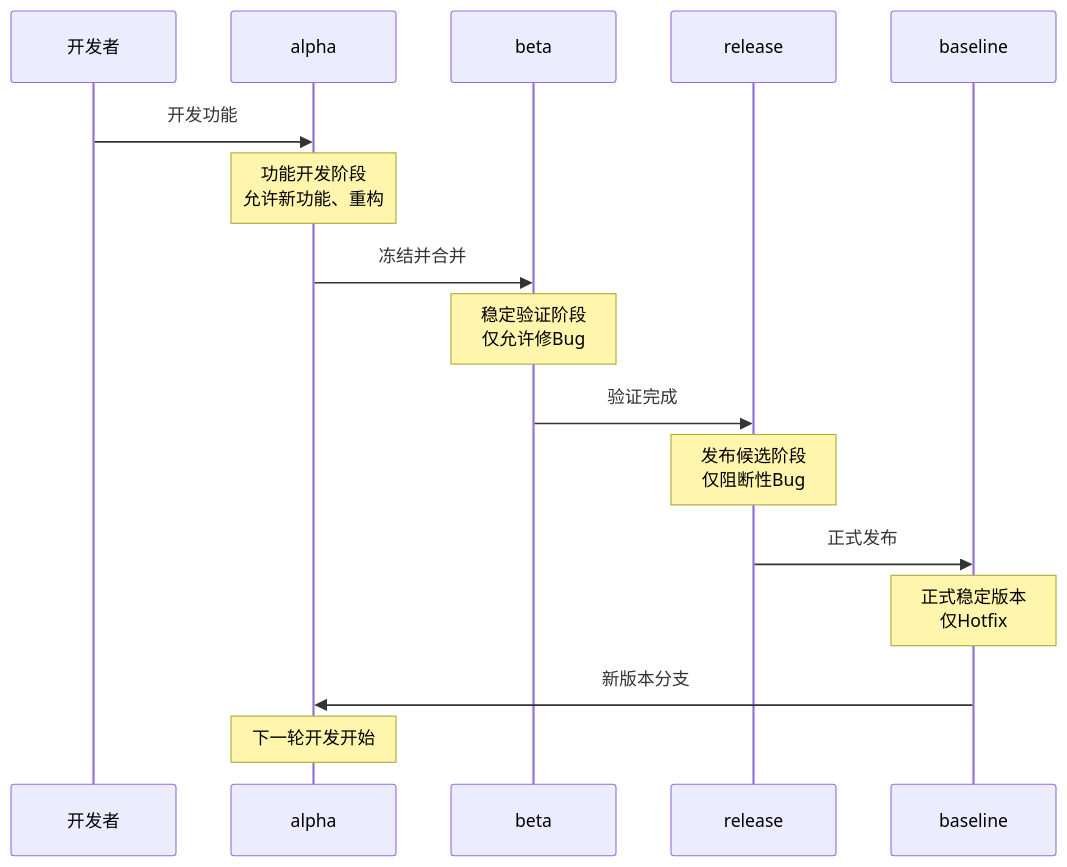
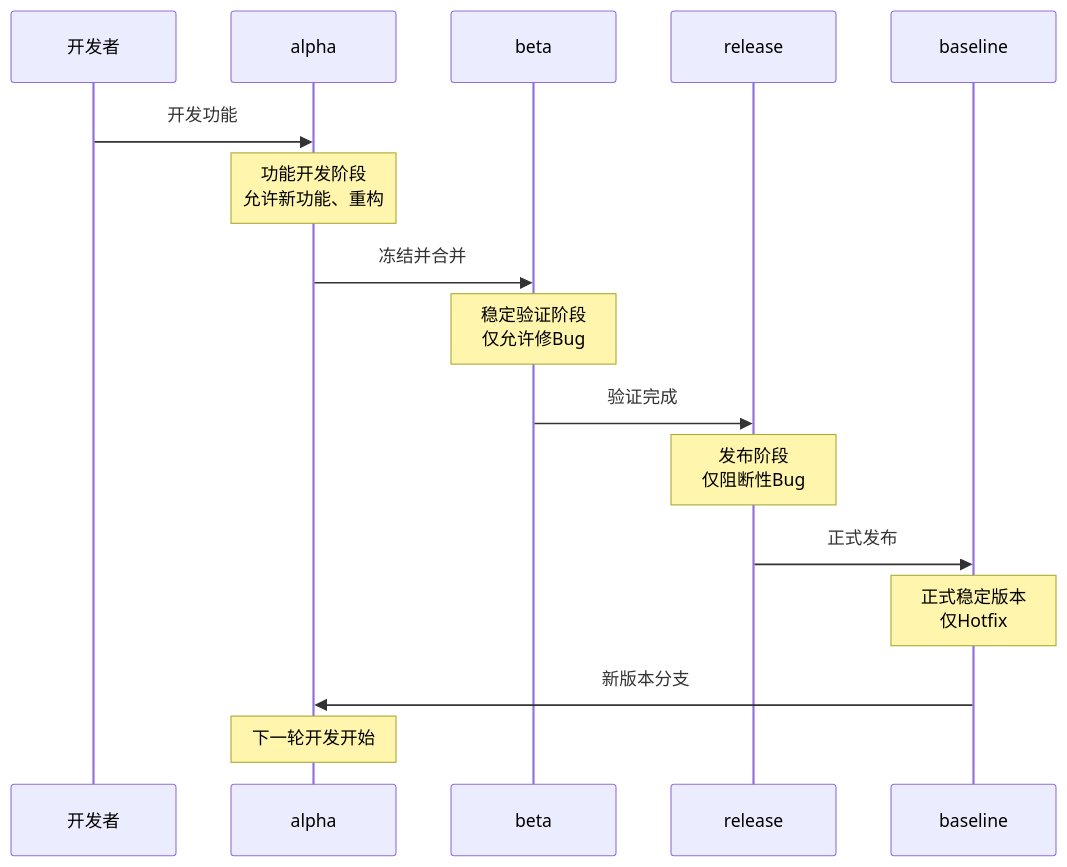
Before and after one commit to yinglichina8848/sqlrustgo: the second of 5 diagrams in docs/VERSION_FLOW_DIAGRAM.md, drawn with Mermaid. The commit also changed other lines of this file and 1 other file, not shown here.

````diff
--- a/docs/VERSION_FLOW_DIAGRAM.md
+++ b/docs/VERSION_FLOW_DIAGRAM.md
@@ -29,23 +29,23 @@
 ```mermaid
 sequenceDiagram
     participant Dev as 开发者
     participant Alpha as alpha
     participant Beta as beta
     participant Release as release
     participant Base as baseline
 
     Dev->>Alpha: 开发功能
     Note over Alpha: 功能开发阶段<br/>允许新功能、重构
 
     Alpha->>Beta: 冻结并合并
     Note over Beta: 稳定验证阶段<br/>仅允许修Bug
 
     Beta->>Release: 验证完成
-    Note over Release: 发布候选阶段<br/>仅阻断性Bug
+    Note over Release: 发布阶段<br/>仅阻断性Bug
 
     Release->>Base: 正式发布
     Note over Base: 正式稳定版本<br/>仅Hotfix
 
     Base->>Alpha: 新版本分支
     Note over Alpha: 下一轮开发开始
 ```
````
